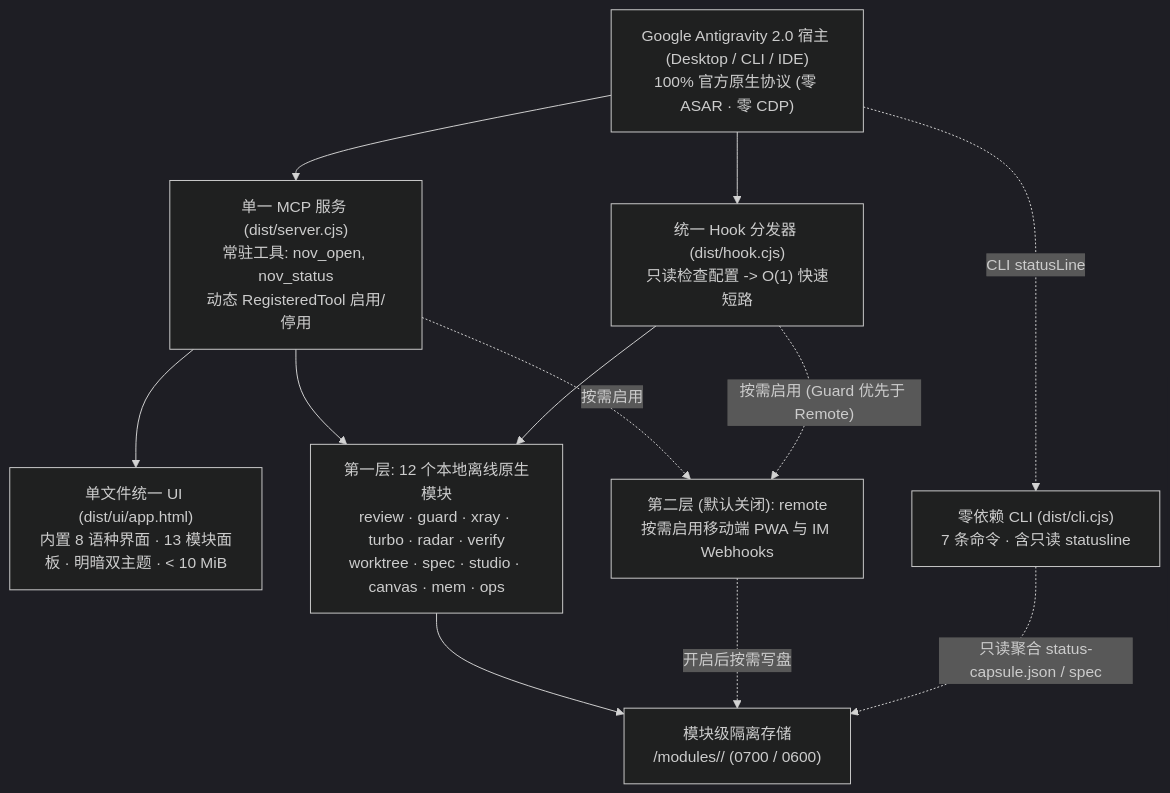
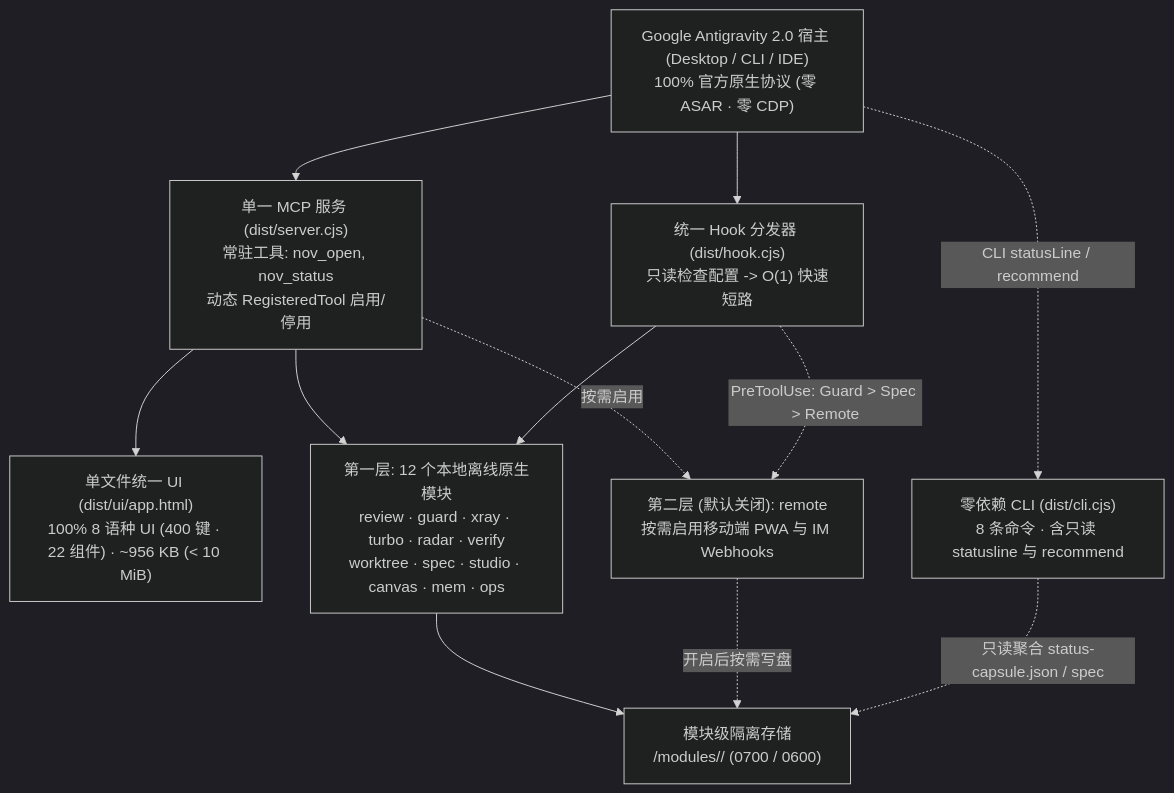
One commit to tone-leh/agy-NOV changed the diagram in docs/i18n/README.zh-CN.md. Above: the diagram before and after it, drawn with Mermaid (dark theme). The commit also changed other lines of this file and 74 other files, not shown here.

````diff
--- a/docs/i18n/README.zh-CN.md
+++ b/docs/i18n/README.zh-CN.md
@@ -196,23 +221,23 @@
 ```mermaid
 flowchart TB
   Host["Google Antigravity 2.0 宿主 (Desktop / CLI / IDE)\n100% 官方原生协议 (零 ASAR · 零 CDP)"]
   MCP["单一 MCP 服务 (dist/server.cjs)\n常驻工具: nov_open, nov_status\n动态 RegisteredTool 启用/停用"]
-  UI["单文件统一 UI (dist/ui/app.html)\n内置 8 语种界面 · 13 模块面板 · 明暗双主题 · < 10 MiB"]
+  UI["单文件统一 UI (dist/ui/app.html)\n100% 8 语种 UI (400 键 · 22 组件) · ~956 KB (< 10 MiB)"]
   Hook["统一 Hook 分发器 (dist/hook.cjs)\n只读检查配置 -> O(1) 快速短路"]
-  CLI["零依赖 CLI (dist/cli.cjs)\n7 条命令 · 含只读 statusline"]
+  CLI["零依赖 CLI (dist/cli.cjs)\n8 条命令 · 含只读 statusline 与 recommend"]
   Store["模块级隔离存储\n<dataDir>/modules/<id>/ (0700 / 0600)"]
   T1["第一层: 12 个本地离线原生模块\nreview · guard · xray · turbo · radar · verify\nworktree · spec · studio · canvas · mem · ops"]
   T2R["第二层 (默认关闭): remote\n按需启用移动端 PWA 与 IM Webhooks"]
 
   Host --> MCP
   Host --> Hook
-  Host -. "CLI statusLine" .-> CLI
+  Host -. "CLI statusLine / recommend" .-> CLI
   MCP --> UI
   MCP --> T1
   MCP -. "按需启用" .-> T2R
   Hook --> T1
-  Hook -. "按需启用 (Guard 优先于 Remote)" .-> T2R
+  Hook -. "PreToolUse: Guard > Spec > Remote" .-> T2R
   T1 --> Store
   T2R -. "开启后按需写盘" .-> Store
   CLI -. "只读聚合 status-capsule.json / spec" .-> Store
 ```
````
